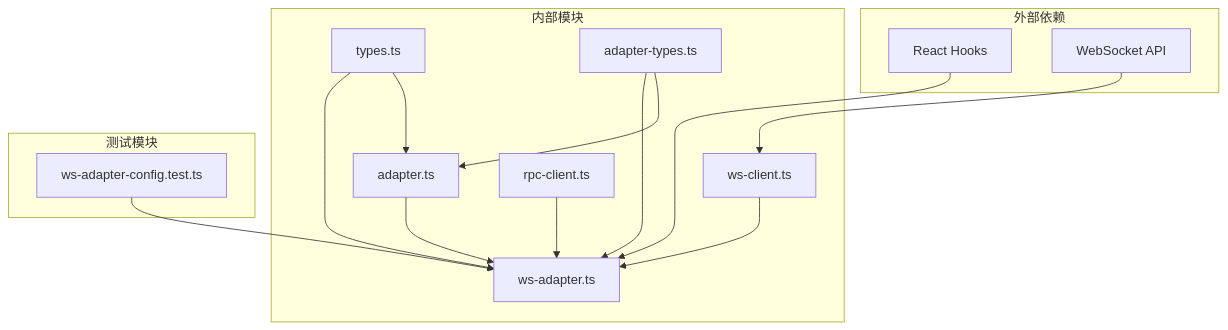
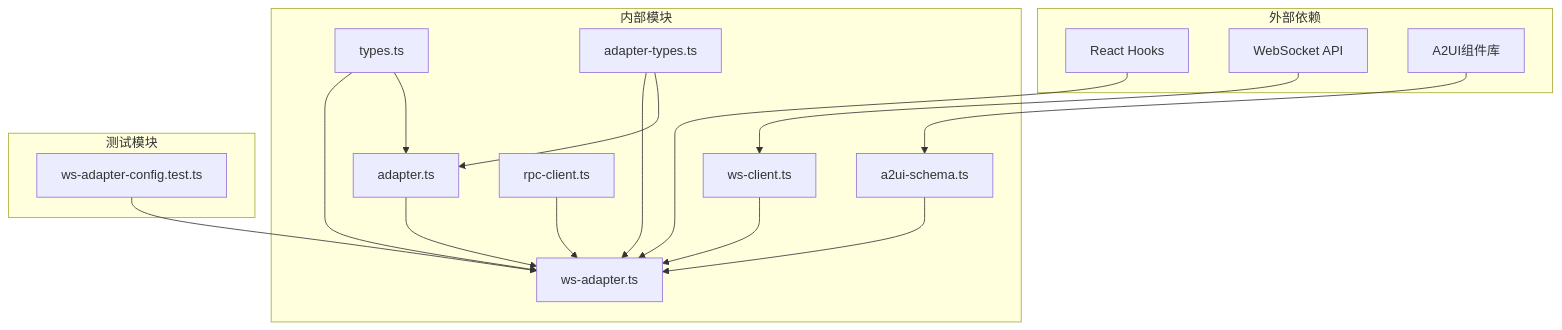
One commit to WW-AI-Lab/openclaw-office changed the tenth of 10 diagrams in .qoder/repowiki/zh/content/网关通信层/WebSocket适配器.md. Above: the diagram before and after it, drawn with Mermaid. The commit also changed other lines of this file and 5 other files, not shown here.

````diff
--- a/.qoder/repowiki/zh/content/网关通信层/WebSocket适配器.md
+++ b/.qoder/repowiki/zh/content/网关通信层/WebSocket适配器.md
@@ -370,28 +505,32 @@
 ```mermaid
 graph TD
 subgraph "外部依赖"
 React[React Hooks]
 WebSocketAPI[WebSocket API]
+A2UIComponents[A2UI组件库]
 end
 subgraph "内部模块"
 Adapter[adapter.ts]
 WsAdapter[ws-adapter.ts]
 WsClient[ws-client.ts]
 RpcClient[rpc-client.ts]
 Types[types.ts]
 AdapterTypes[adapter-types.ts]
+A2UISchema[a2ui-schema.ts]
 end
 subgraph "测试模块"
 Tests[ws-adapter-config.test.ts]
 end
 React --> WsAdapter
 WebSocketAPI --> WsClient
+A2UIComponents --> A2UISchema
 Adapter --> WsAdapter
 AdapterTypes --> WsAdapter
 Types --> WsAdapter
 WsClient --> WsAdapter
 RpcClient --> WsAdapter
 AdapterTypes --> Adapter
 Types --> Adapter
+A2UISchema --> WsAdapter
 Tests --> WsAdapter
 ```
````
